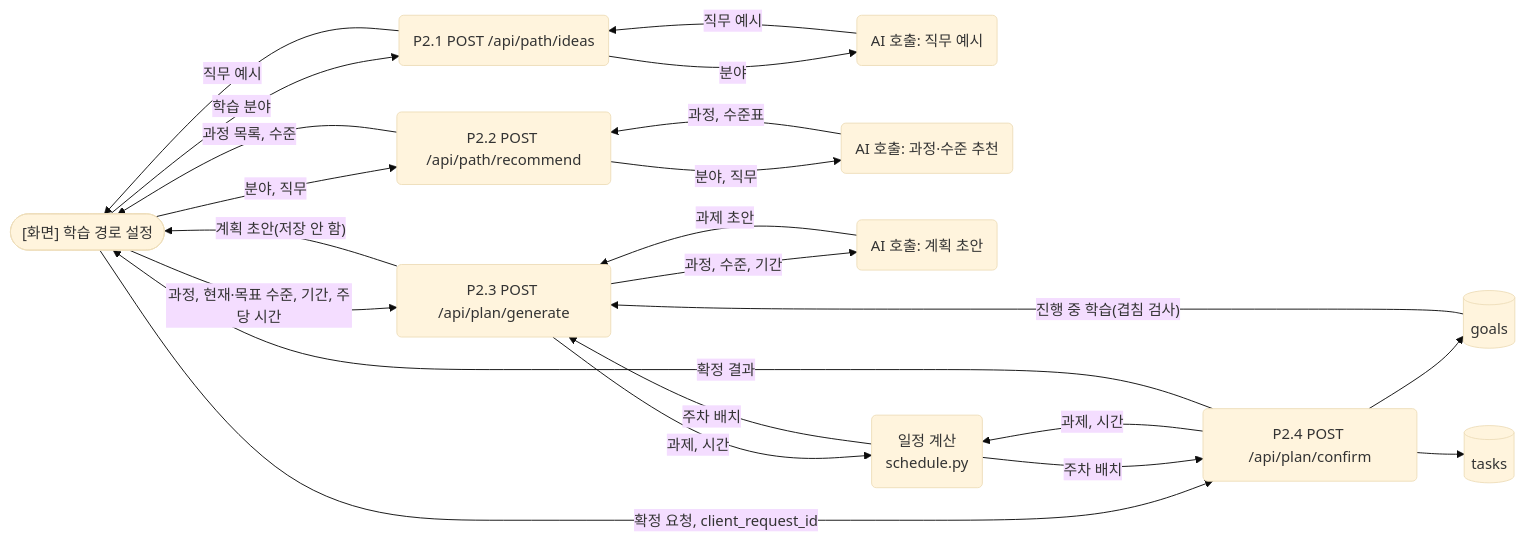
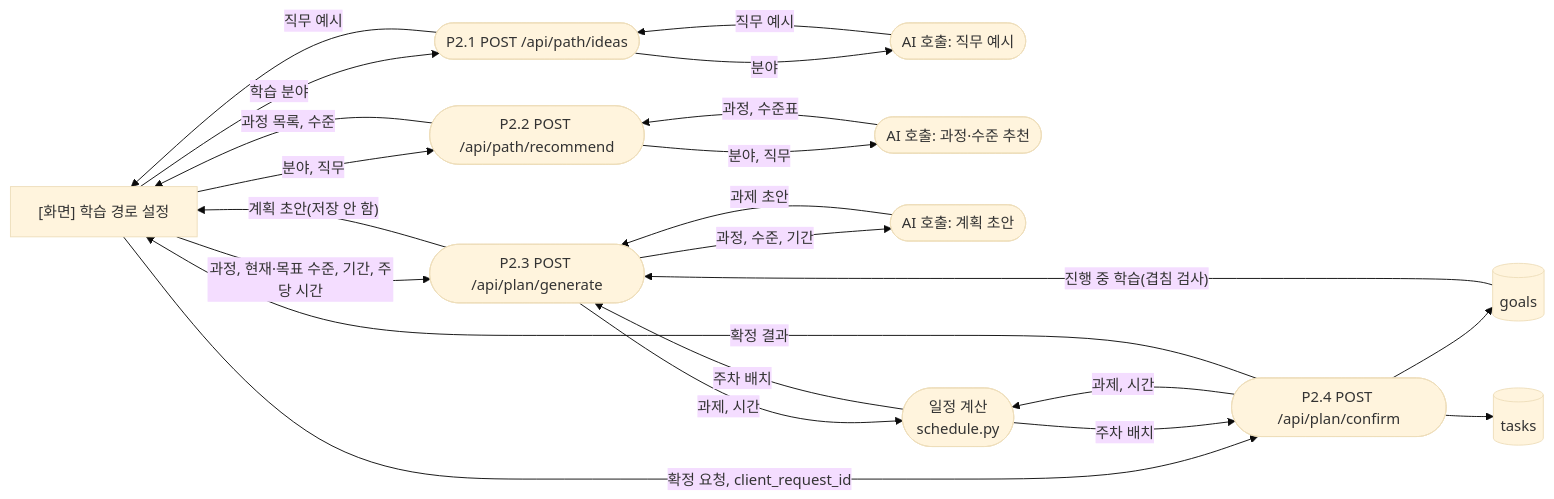
One commit to yong05610/ai-n-fprj changed the fifth of 12 diagrams in docs/architecture_dfd.md. Above: the diagram before and after it, drawn with Mermaid (base theme). The commit also changed other lines of this file, not shown here.

````diff
--- a/docs/architecture_dfd.md
+++ b/docs/architecture_dfd.md
@@ -192,36 +192,36 @@
 ```mermaid
 flowchart LR
-    S(["[화면] 학습 경로 설정"])
-    P21("P2.1 POST /api/path/ideas")
-    P22("P2.2 POST /api/path/recommend")
-    P23("P2.3 POST /api/plan/generate")
-    P24("P2.4 POST /api/plan/confirm")
-    A1("AI 호출: 직무 예시")
-    A2("AI 호출: 과정·수준 추천")
-    A3("AI 호출: 계획 초안")
-    SH("일정 계산<br/>schedule.py")
+    S["[화면] 학습 경로 설정"]
+    P21(["P2.1 POST /api/path/ideas"])
+    P22(["P2.2 POST /api/path/recommend"])
+    P23(["P2.3 POST /api/plan/generate"])
+    P24(["P2.4 POST /api/plan/confirm"])
+    A1(["AI 호출: 직무 예시"])
+    A2(["AI 호출: 과정·수준 추천"])
+    A3(["AI 호출: 계획 초안"])
+    SH(["일정 계산<br/>schedule.py"])
     DG[("goals")]
     DT[("tasks")]
 
     S -->|"학습 분야"| P21
     P21 -->|"분야"| A1
     A1 -->|"직무 예시"| P21
     P21 -->|"직무 예시"| S
     S -->|"분야, 직무"| P22
     P22 -->|"분야, 직무"| A2
     A2 -->|"과정, 수준표"| P22
     P22 -->|"과정 목록, 수준"| S
     S -->|"과정, 현재·목표 수준, 기간, 주당 시간"| P23
     DG -->|"진행 중 학습(겹침 검사)"| P23
     P23 -->|"과정, 수준, 기간"| A3
     A3 -->|"과제 초안"| P23
     P23 -->|"과제, 시간"| SH
     SH -->|"주차 배치"| P23
     P23 -->|"계획 초안(저장 안 함)"| S
     S -->|"확정 요청, client_request_id"| P24
     P24 -->|"과제, 시간"| SH
     SH -->|"주차 배치"| P24
     P24 --> DG
     P24 --> DT
     P24 -->|"확정 결과"| S
 ```
````
